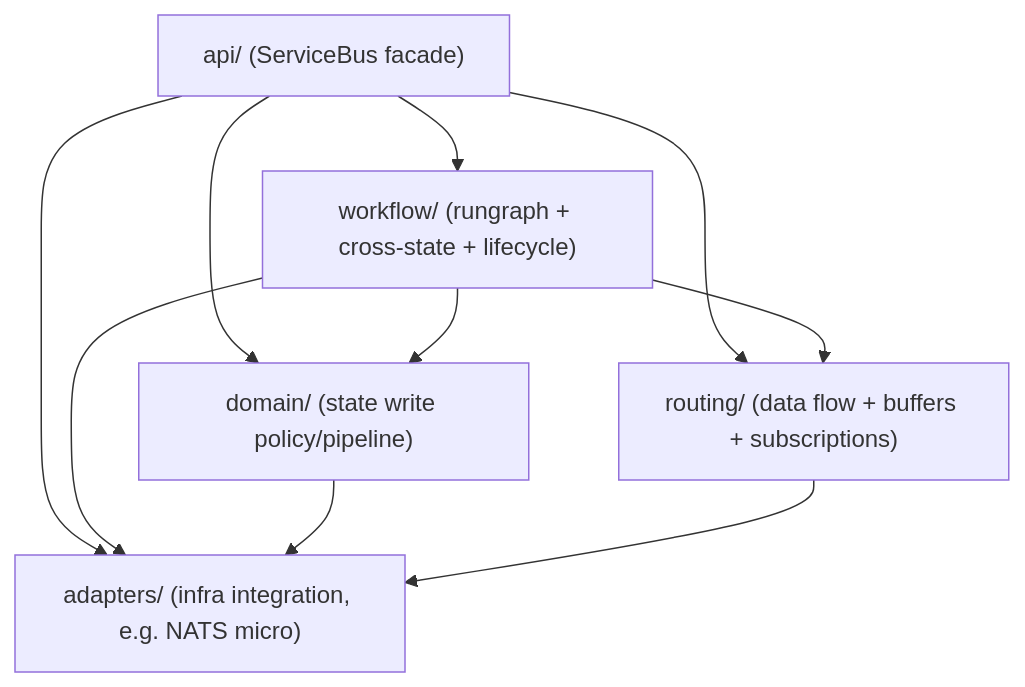
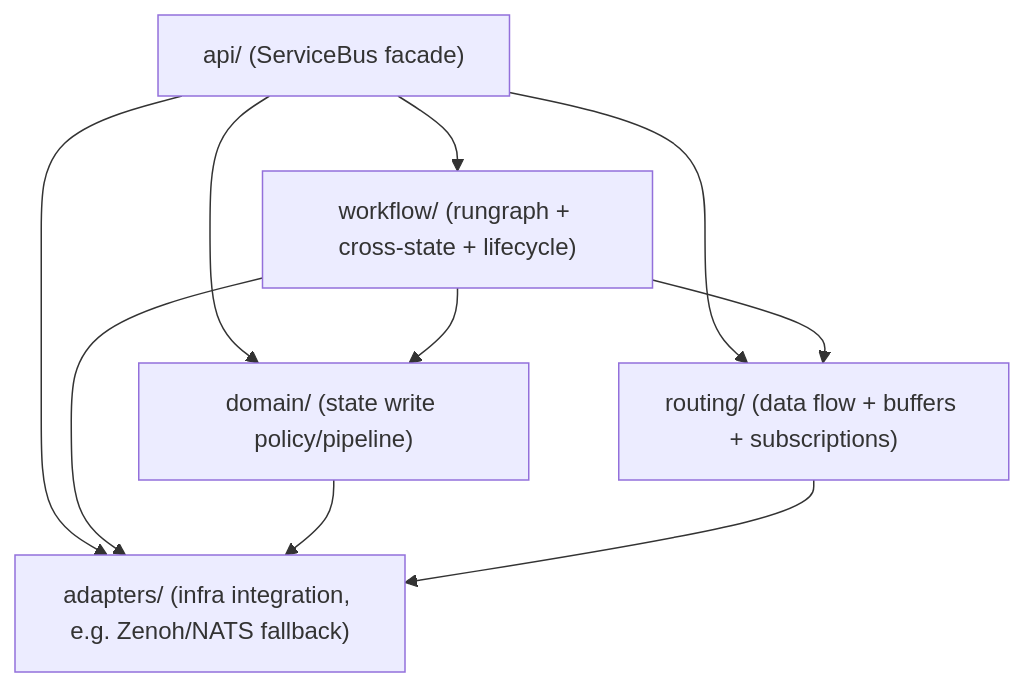
The seventh of 7 diagrams in docs/deepdives/comm_bus.md (FrogThe2nd/f8studio), drawn with Mermaid before and after one commit. The commit also changed other lines of this file and 11 other files, not shown here.

````diff
--- a/docs/deepdives/comm_bus.md
+++ b/docs/deepdives/comm_bus.md
@@ -419,20 +421,20 @@
 ``` mermaid
 flowchart TB
   API["api/ (ServiceBus facade)"]
   WF["workflow/ (rungraph + cross-state + lifecycle)"]
   DOM["domain/ (state write policy/pipeline)"]
   ROUTE["routing/ (data flow + buffers + subscriptions)"]
-  AD["adapters/ (infra integration, e.g. NATS micro)"]
+  AD["adapters/ (infra integration, e.g. Zenoh/NATS fallback)"]
 
   API --> WF
   API --> DOM
   API --> ROUTE
   API --> AD
 
   WF --> DOM
   WF --> ROUTE
   WF --> AD
 
   DOM --> AD
   ROUTE --> AD
 ```
````
